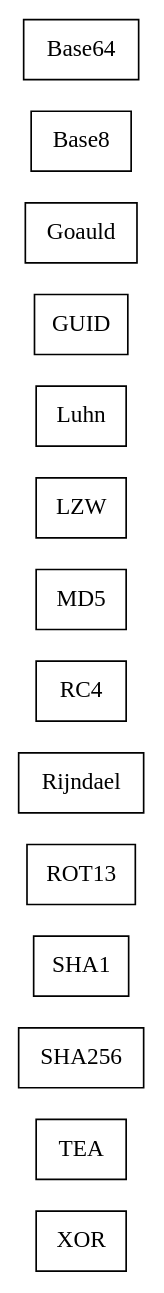
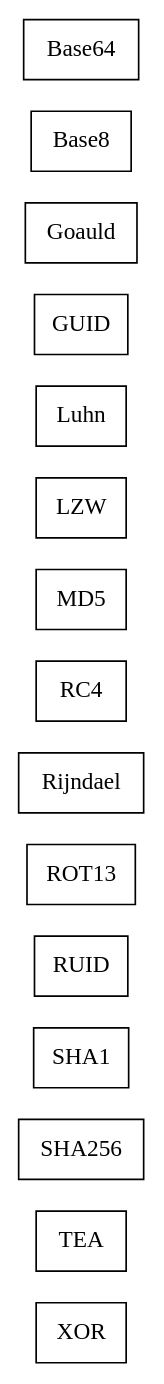
One commit to sekati/sasapi changed the diagram in docs/com/sekati/crypt/classes.dot. Above: the diagram before and after it, drawn with Graphviz. The commit also changed 87 other files, not shown here.

Commit message:
com.sekati.crypt marker interfaces added.

```diff
--- a/docs/com/sekati/crypt/classes.dot
+++ b/docs/com/sekati/crypt/classes.dot
@@ -1,87 +1,93 @@
 strict digraph class_diagram {
   rankdir=LR;
   TypeXOR[
     label="XOR",
     URL="XOR.html",
     tooltip="com.sekati.crypt.XOR",
     shape="record"
   ];
   TypeTEA[
     label="TEA",
     URL="TEA.html",
     tooltip="com.sekati.crypt.TEA",
     shape="record"
   ];
   TypeSHA256[
     label="SHA256",
     URL="SHA256.html",
     tooltip="com.sekati.crypt.SHA256",
     shape="record"
   ];
   TypeSHA1[
     label="SHA1",
     URL="SHA1.html",
     tooltip="com.sekati.crypt.SHA1",
+    shape="record"
+  ];
+  TypeRUID[
+    label="RUID",
+    URL="RUID.html",
+    tooltip="com.sekati.crypt.RUID",
     shape="record"
   ];
   TypeROT13[
     label="ROT13",
     URL="ROT13.html",
     tooltip="com.sekati.crypt.ROT13",
     shape="record"
   ];
   TypeRijndael[
     label="Rijndael",
     URL="Rijndael.html",
     tooltip="com.sekati.crypt.Rijndael",
     shape="record"
   ];
   TypeRC4[
     label="RC4",
     URL="RC4.html",
     tooltip="com.sekati.crypt.RC4",
     shape="record"
   ];
   TypeMD5[
     label="MD5",
     URL="MD5.html",
     tooltip="com.sekati.crypt.MD5",
     shape="record"
   ];
   TypeLZW[
     label="LZW",
     URL="LZW.html",
     tooltip="com.sekati.crypt.LZW",
     shape="record"
   ];
   TypeLuhn[
     label="Luhn",
     URL="Luhn.html",
     tooltip="com.sekati.crypt.Luhn",
     shape="record"
   ];
   TypeGUID[
     label="GUID",
     URL="GUID.html",
     tooltip="com.sekati.crypt.GUID",
     shape="record"
   ];
   TypeGoauld[
     label="Goauld",
     URL="Goauld.html",
     tooltip="com.sekati.crypt.Goauld",
     shape="record"
   ];
   TypeBase8[
     label="Base8",
     URL="Base8.html",
     tooltip="com.sekati.crypt.Base8",
     shape="record"
   ];
   TypeBase64[
     label="Base64",
     URL="Base64.html",
     tooltip="com.sekati.crypt.Base64",
     shape="record"
   ];
 }
```
